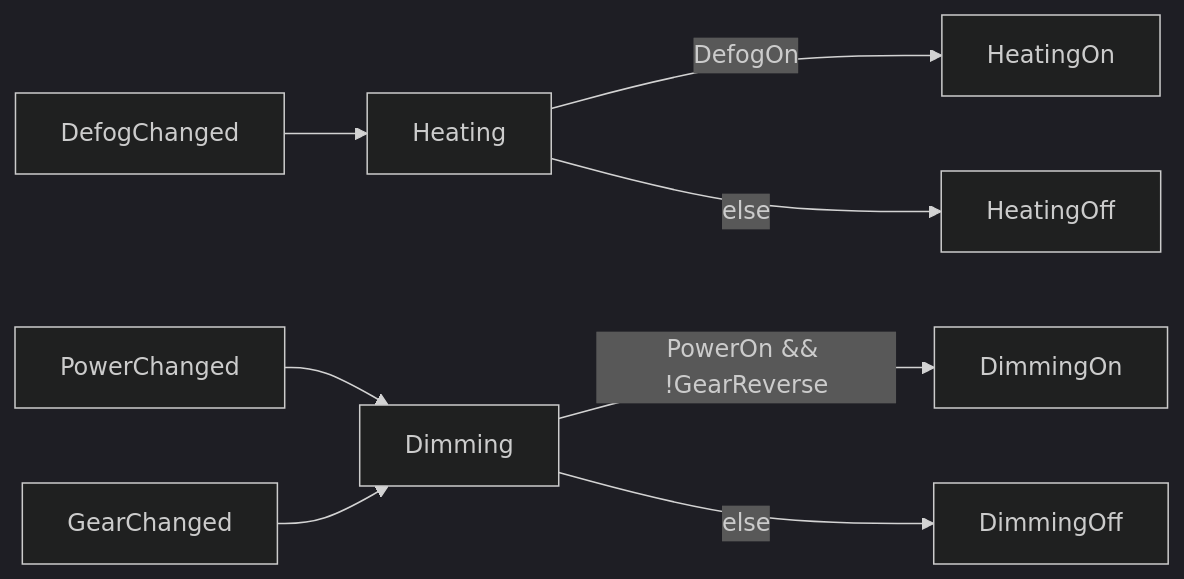
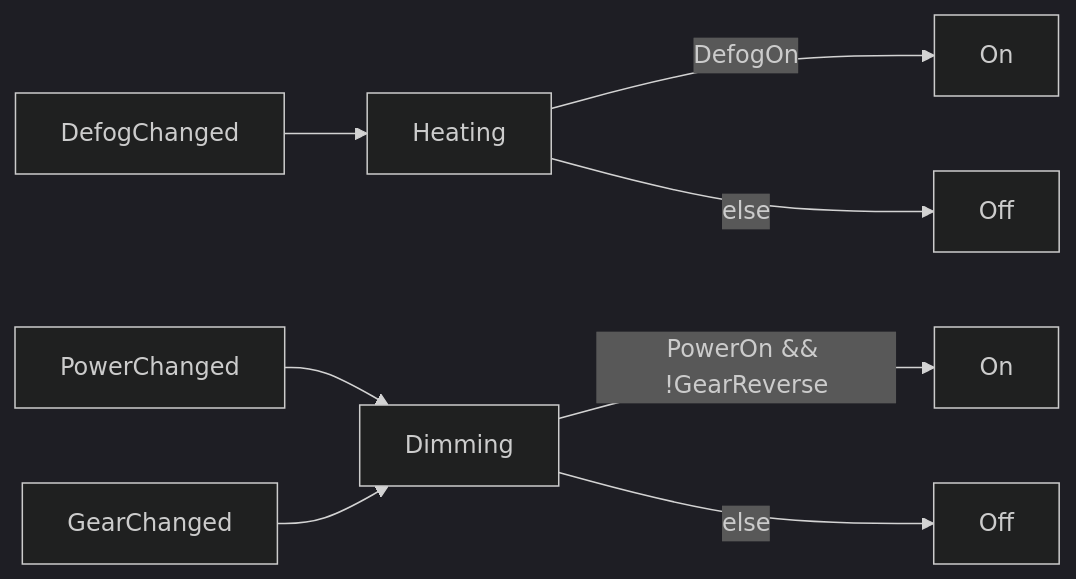
One commit to 4artit/declared changed the first of 2 diagrams in examples/mirrors/mirrors.md. Above: the diagram before and after it, drawn with Mermaid (dark theme). The commit also changed other lines of this file and 14 other files, not shown here.

````diff
--- a/examples/mirrors/mirrors.md
+++ b/examples/mirrors/mirrors.md
@@ -32,10 +32,10 @@
 ```mermaid
 flowchart LR
     ev_DefogChanged["DefogChanged"] --> ft_Heating["Heating"]
-    ft_Heating["Heating"] -->|"DefogOn"| ac_HeatingOn["HeatingOn"]
-    ft_Heating["Heating"] -->|else| ac_HeatingOff["HeatingOff"]
+    ft_Heating["Heating"] -->|"DefogOn"| ac_Heating_On["On"]
+    ft_Heating["Heating"] -->|else| ac_Heating_Off["Off"]
     ev_PowerChanged["PowerChanged"] --> ft_Dimming["Dimming"]
     ev_GearChanged["GearChanged"] --> ft_Dimming["Dimming"]
-    ft_Dimming["Dimming"] -->|"PowerOn && !GearReverse"| ac_DimmingOn["DimmingOn"]
-    ft_Dimming["Dimming"] -->|else| ac_DimmingOff["DimmingOff"]
+    ft_Dimming["Dimming"] -->|"PowerOn && !GearReverse"| ac_Dimming_On["On"]
+    ft_Dimming["Dimming"] -->|else| ac_Dimming_Off["Off"]
 ```
````
